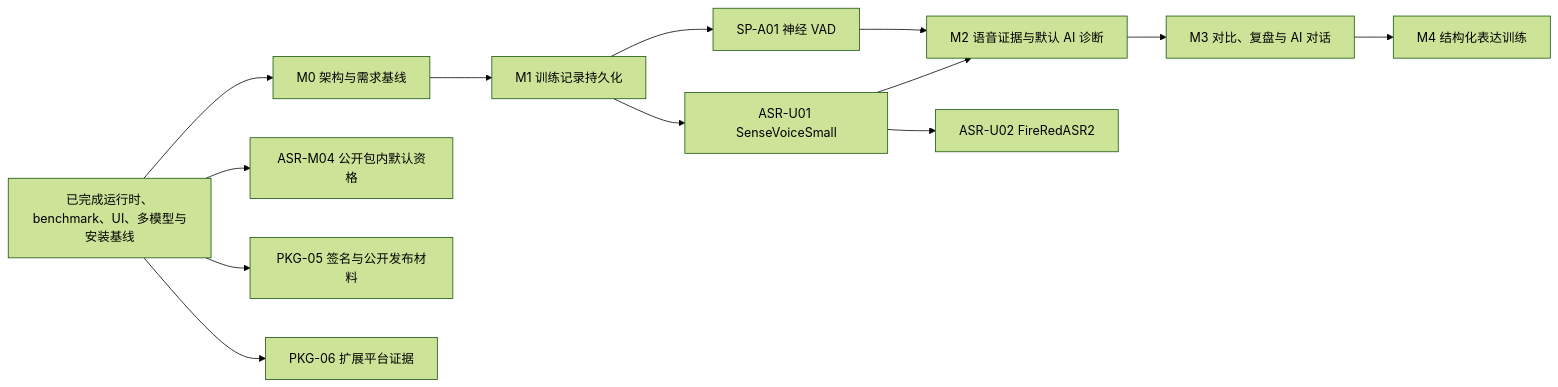
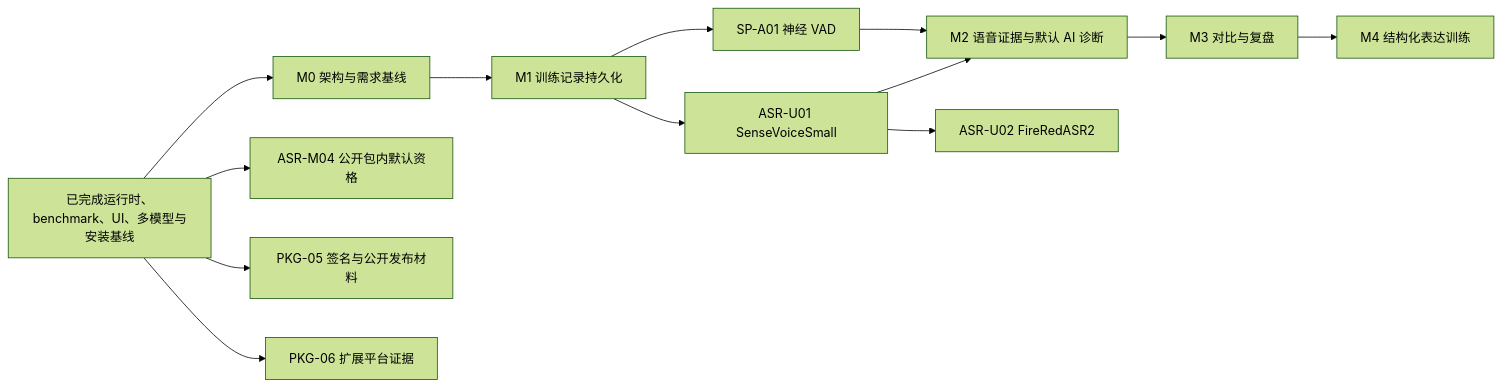
One commit to morigejile/expression-trainer-pro changed the diagram in docs/roadmap.md. Above: the diagram before and after it, drawn with Mermaid (forest theme). The commit also changed other lines of this file and 10 other files, not shown here.

````diff
--- a/docs/roadmap.md
+++ b/docs/roadmap.md
@@ -18,15 +18,15 @@
 ```mermaid
 flowchart LR
   B[已完成运行时、benchmark、UI、多模型与安装基线] --> M0[M0 架构与需求基线]
   M0 --> M1[M1 训练记录持久化]
   M1 --> V1[SP-A01 神经 VAD]
   M1 --> U1[ASR-U01 SenseVoiceSmall]
   V1 --> M2[M2 语音证据与默认 AI 诊断]
   U1 --> M2
-  M2 --> M3[M3 对比、复盘与 AI 对话]
+  M2 --> M3[M3 对比与复盘]
   M3 --> M4P[M4 结构化表达训练]
   B --> M4[ASR-M04 公开包内默认资格]
   B --> P5[PKG-05 签名与公开发布材料]
   B --> P6[PKG-06 扩展平台证据]
   U1 --> U2[ASR-U02 FireRedASR2]
 ```
````
